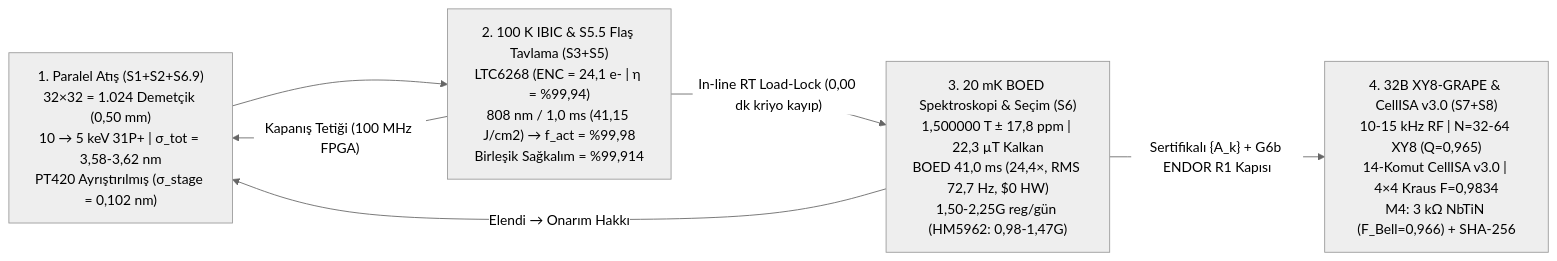
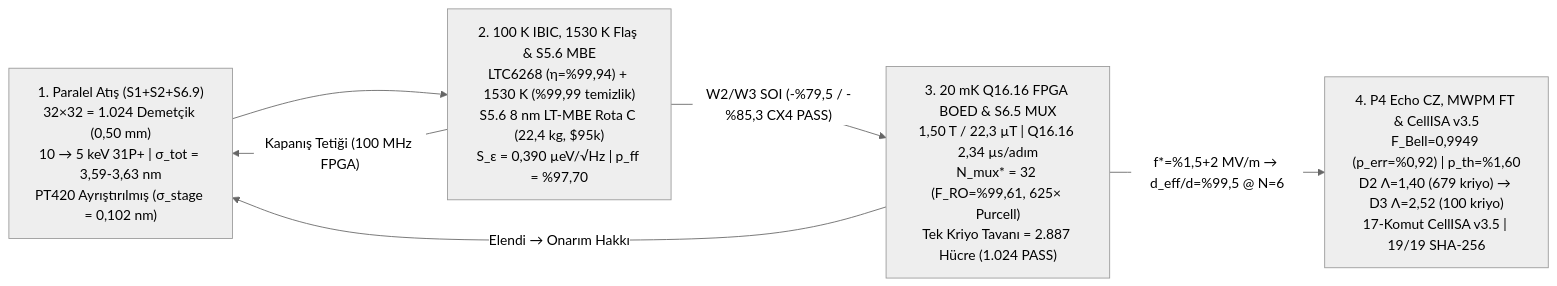
The first of 3 diagrams in README.md (berkmec/Atom-Lithography), drawn with Mermaid (neutral theme) before and after one commit. The commit also changed other lines of this file and 132 other files, not shown here.

Commit message:
Atom Lithography Machine v5.0: 160k-orb sp3d5s* TB (Exp136), Echo M4 bus (Exp137), Defective Surface Code MWPM FT (Exp138), 1530K flash + 8nm MBE S5.6 (Exp139), Q16.16 BOED-FPGA + 32x Cryo-MUX + CellISA v3.5 (Exp140), Wafer CX4 + v5 Digital Twin (Exp141), CAD/BOM v5.0

````diff
--- a/README.md
+++ b/README.md
@@ -43,8 +44,8 @@
 ```mermaid
 flowchart LR
-    A["1. Paralel Atış (S1+S2+S6.9)<br/>32×32 = 1.024 Demetçik (0,50 mm)<br/>10 → 5 keV 31P+ | σ_tot = 3,58-3,62 nm<br/>PT420 Ayrıştırılmış (σ_stage = 0,102 nm)"] --> B["2. 100 K IBIC & S5.5 Flaş Tavlama (S3+S5)<br/>LTC6268 (ENC = 24,1 e- | η = %99,94)<br/>808 nm / 1,0 ms (41,15 J/cm2) → f_act = %99,98<br/>Birleşik Sağkalım = %99,914"]
+    A["1. Paralel Atış (S1+S2+S6.9)<br/>32×32 = 1.024 Demetçik (0,50 mm)<br/>10 → 5 keV 31P+ | σ_tot = 3,59-3,63 nm<br/>PT420 Ayrıştırılmış (σ_stage = 0,102 nm)"] --> B["2. 100 K IBIC, 1530 K Flaş & S5.6 MBE<br/>LTC6268 (η=%99,94) + 1530 K (%99,99 temizlik)<br/>S5.6 8 nm LT-MBE Rota C (22,4 kg, $95k)<br/>S_ε = 0,390 µeV/√Hz | p_ff = %97,70"]
     B -->|"Kapanış Tetiği (100 MHz FPGA)"| A
-    B -->|"In-line RT Load-Lock (0,00 dk kriyo kayıp)"| C["3. 20 mK BOED Spektroskopi & Seçim (S6)<br/>1,500000 T ± 17,8 ppm | 22,3 µT Kalkan<br/>BOED 41,0 ms (24,4×, RMS 72,7 Hz, $0 HW)<br/>1,50-2,25G reg/gün (HM5962: 0,98-1,47G)"]
-    C -->|"Sertifikalı {A_k} + G6b ENDOR R1 Kapısı"| D["4. 32B XY8-GRAPE & CellISA v3.0 (S7+S8)<br/>10-15 kHz RF | N=32-64 XY8 (Q=0,965)<br/>14-Komut CellISA v3.0 | 4×4 Kraus F=0,9834<br/>M4: 3 kΩ NbTiN (F_Bell=0,966) + SHA-256"]
+    B -->|"W2/W3 SOI (-%79,5 / -%85,3 CX4 PASS)"| C["3. 20 mK Q16.16 FPGA BOED & S6.5 MUX<br/>1,50 T / 22,3 µT | Q16.16 2,34 µs/adım<br/>N_mux* = 32 (F_RO=%99,61, 625× Purcell)<br/>Tek Kriyo Tavanı = 2.887 Hücre (1.024 PASS)"]
+    C -->|"f*=%1,5+2 MV/m → d_eff/d=%99,5 @ N=6"| D["4. P4 Echo CZ, MWPM FT & CellISA v3.5<br/>F_Bell=0,9949 (p_err=%0,92) | p_th=%1,60<br/>D2 Λ=1,40 (679 kriyo) → D3 Λ=2,52 (100 kriyo)<br/>17-Komut CellISA v3.5 | 19/19 SHA-256"]
     C -->|"Elendi → Onarım Hakkı"| A
 ```
````
